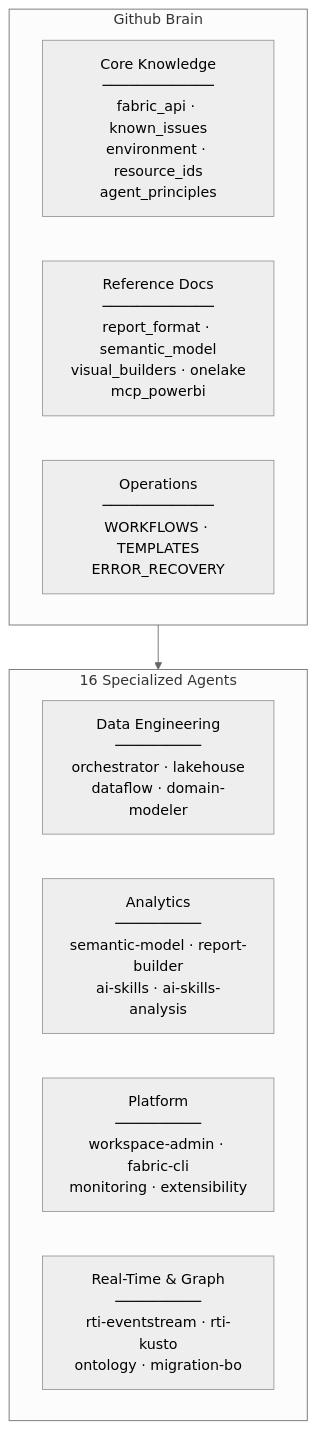
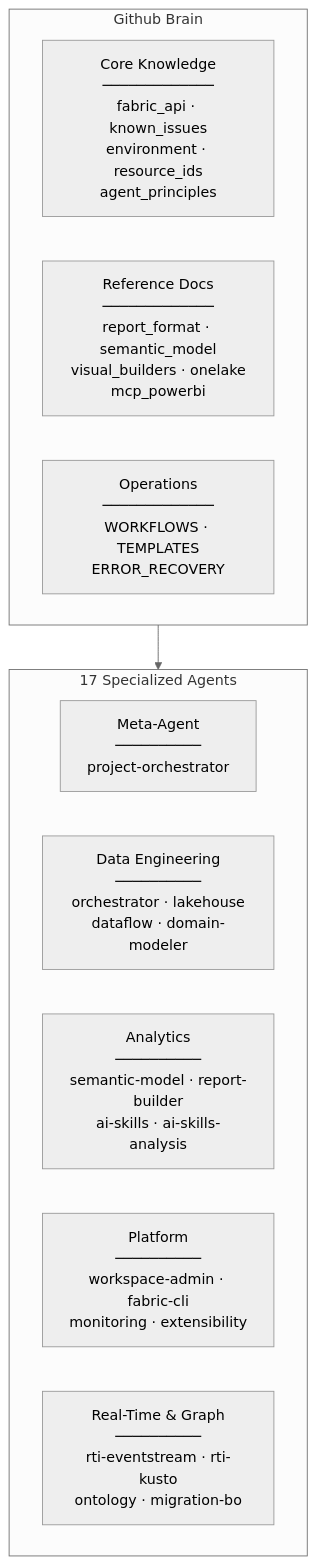
Before and after one commit to Statyx/Github_Brain: the diagram in README.md, drawn with Mermaid (neutral theme). The commit also changed other lines of this file and 10 other files, not shown here.

First line of the commit message:
feat(project-orchestrator): Add comprehensive project orchestration framework

````diff
--- a/README.md
+++ b/README.md
@@ -28,18 +28,19 @@
 ```mermaid
 graph TB
     subgraph Brain["Github Brain"]
         Core["Core Knowledge<br/>─────────────<br/>fabric_api · known_issues<br/>environment · resource_ids<br/>agent_principles"]
         Ref["Reference Docs<br/>─────────────<br/>report_format · semantic_model<br/>visual_builders · onelake<br/>mcp_powerbi"]
         Ops["Operations<br/>─────────────<br/>WORKFLOWS · TEMPLATES<br/>ERROR_RECOVERY"]
     end
 
-    subgraph Agents["16 Specialized Agents"]
+    subgraph Agents["17 Specialized Agents"]
         direction LR
+        Meta["Meta-Agent<br/>──────────<br/>project-orchestrator"]
         DataEng["Data Engineering<br/>──────────<br/>orchestrator · lakehouse<br/>dataflow · domain-modeler"]
         Analytics["Analytics<br/>──────────<br/>semantic-model · report-builder<br/>ai-skills · ai-skills-analysis"]
         Platform["Platform<br/>──────────<br/>workspace-admin · fabric-cli<br/>monitoring · extensibility"]
         RTI["Real-Time & Graph<br/>──────────<br/>rti-eventstream · rti-kusto<br/>ontology · migration-bo"]
     end
 
     Brain --> Agents
 ```
````
